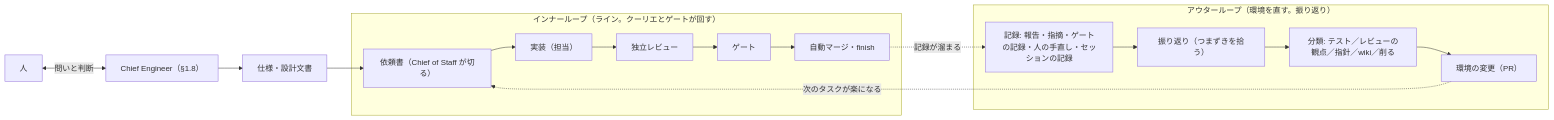
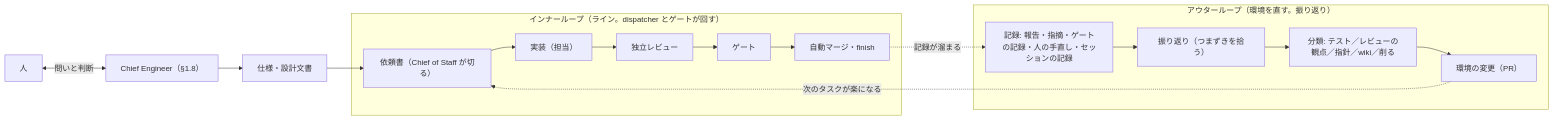
Before and after one commit to mitaku/andon: the first of 3 diagrams in docs/design.md, drawn with Mermaid. The commit also changed other lines of this file and 64 other files, not shown here.

````diff
--- a/docs/design.md
+++ b/docs/design.md
@@ -108,14 +108,14 @@
 ```mermaid
 flowchart LR
   H["人"] <-- "問いと判断" --> CE["Chief Engineer（§1.8）"]
   CE --> DOC["仕様・設計文書"]
-  subgraph INNER["インナーループ（ライン。クーリエとゲートが回す）"]
+  subgraph INNER["インナーループ（ライン。dispatcher とゲートが回す）"]
     B["依頼書（Chief of Staff が切る）"] --> I["実装（担当）"] --> R["独立レビュー"] --> G["ゲート"] --> M["自動マージ・finish"]
   end
   DOC --> B
   subgraph OUTER["アウターループ（環境を直す。振り返り）"]
     REC["記録: 報告・指摘・ゲートの記録・人の手直し・セッションの記録"] --> RT["振り返り（つまずきを拾う）"] --> CL["分類: テスト／レビューの観点／指針／wiki／削る"] --> ENV["環境の変更（PR）"]
   end
   M -. "記録が溜まる" .-> REC
   ENV -. "次のタスクが楽になる" .-> B
 ```
````
